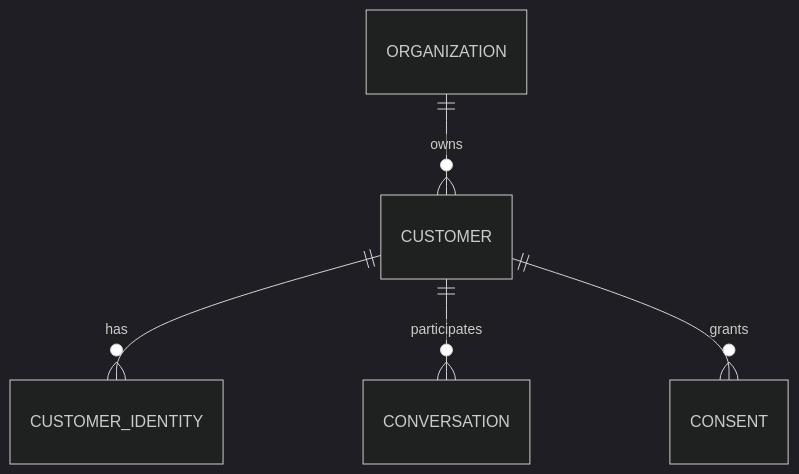
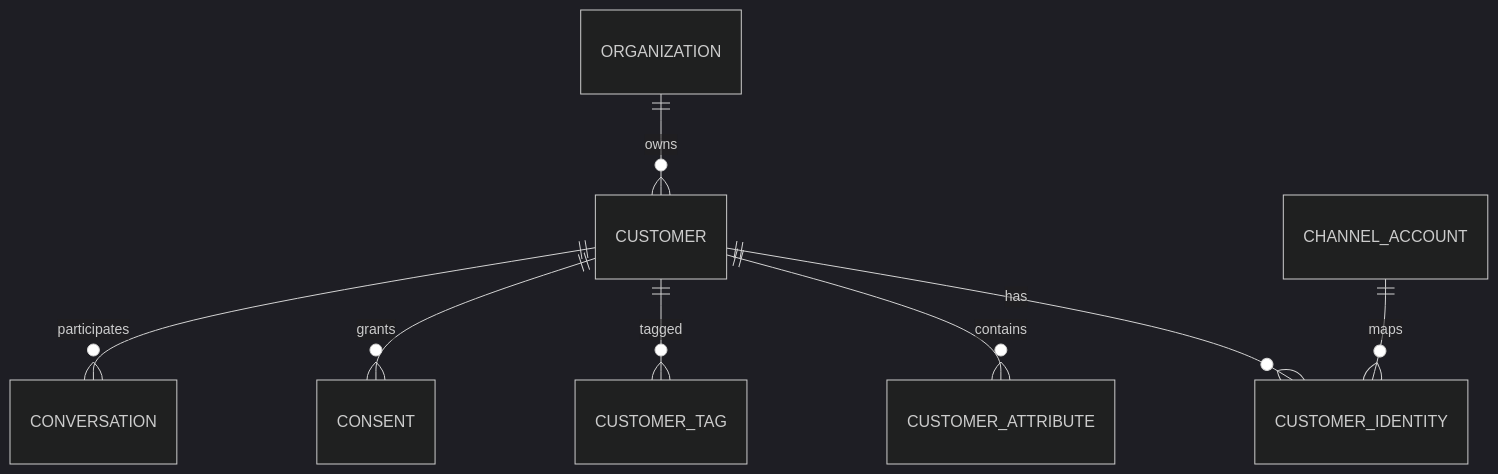
One commit to D-engahmed/OMILINKS changed the first of 4 diagrams in docs/domain/customers.md. Above: the diagram before and after it, drawn with Mermaid (dark theme). The commit also changed other lines of this file and 3 other files, not shown here.

Commit message:
docs: engineer tenancy identity customer and conversation domains

````diff
--- a/docs/domain/customers.md
+++ b/docs/domain/customers.md
@@ -37,7 +23,10 @@
 ```mermaid
 erDiagram
 ORGANIZATION ||--o{ CUSTOMER : owns
 CUSTOMER ||--o{ CUSTOMER_IDENTITY : has
+CUSTOMER ||--o{ CUSTOMER_ATTRIBUTE : contains
+CUSTOMER ||--o{ CUSTOMER_TAG : tagged
+CUSTOMER ||--o{ CONSENT : grants
+CHANNEL_ACCOUNT ||--o{ CUSTOMER_IDENTITY : maps
 CUSTOMER ||--o{ CONVERSATION : participates
-CUSTOMER ||--o{ CONSENT : grants
 ```
````
